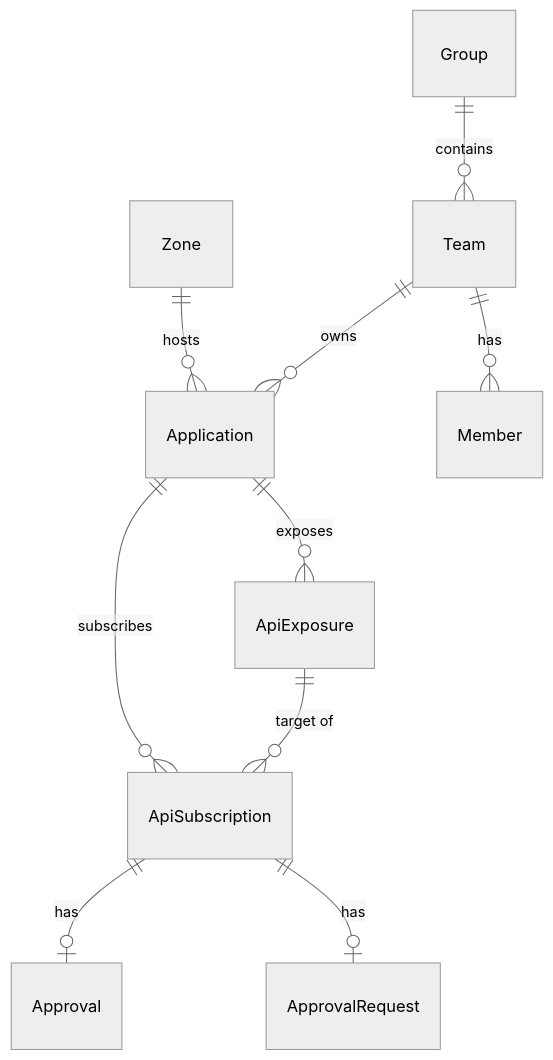
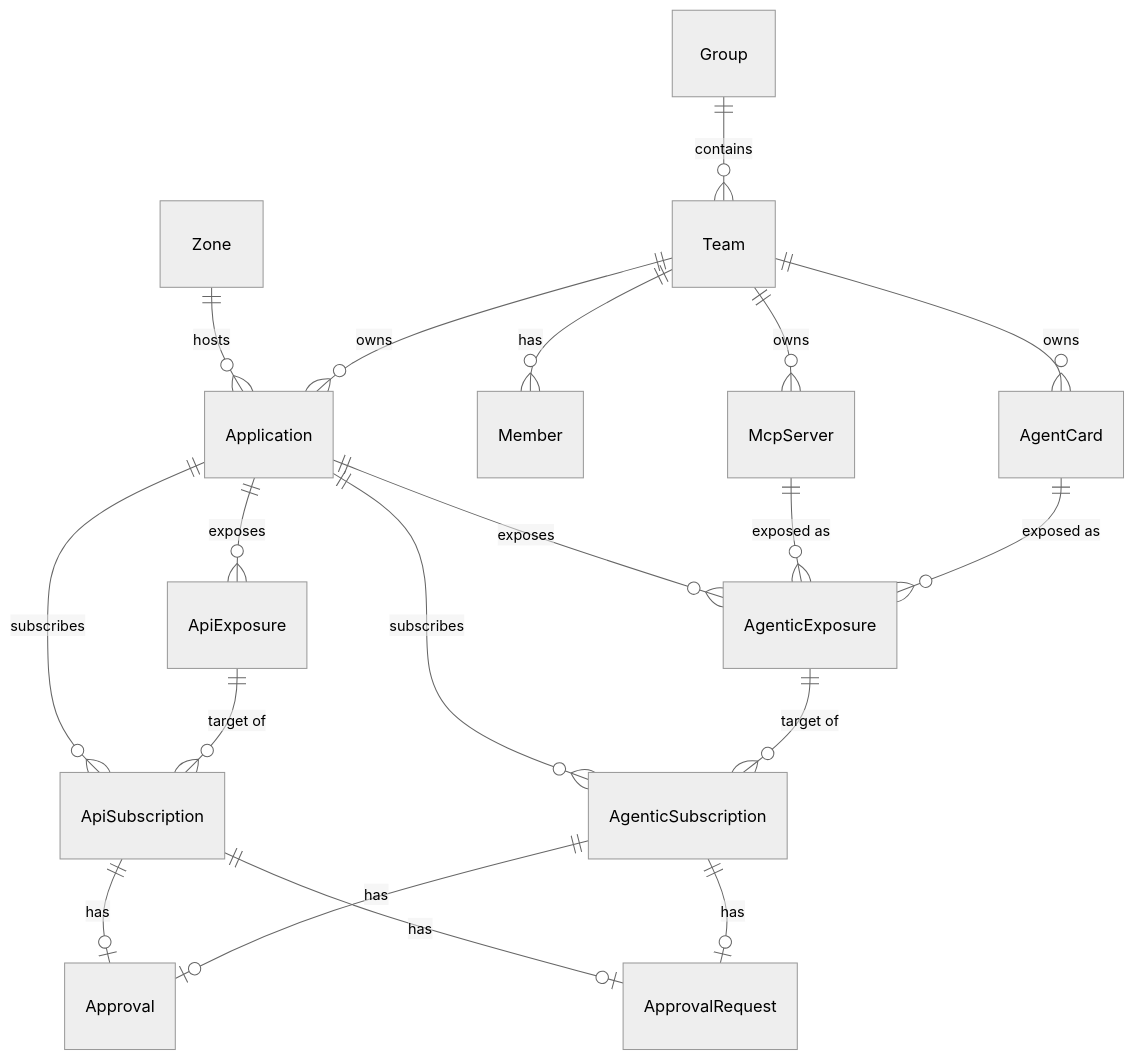
The third of 3 diagrams in docs/docs/architecture/controlplane-api.mdx (telekom/controlplane), drawn with Mermaid (neutral theme) before and after one commit. The commit also changed other lines of this file and 31 other files, not shown here.

````diff
--- a/docs/docs/architecture/controlplane-api.mdx
+++ b/docs/docs/architecture/controlplane-api.mdx
@@ -112,12 +113,21 @@
 ```mermaid
 erDiagram
     Zone ||--o{ Application : "hosts"
     Group ||--o{ Team : "contains"
     Team ||--o{ Application : "owns"
     Team ||--o{ Member : "has"
+    Team ||--o{ McpServer : "owns"
+    Team ||--o{ AgentCard : "owns"
     Application ||--o{ ApiExposure : "exposes"
     Application ||--o{ ApiSubscription : "subscribes"
     ApiExposure ||--o{ ApiSubscription : "target of"
     ApiSubscription ||--o| Approval : "has"
     ApiSubscription ||--o| ApprovalRequest : "has"
+    Application ||--o{ AgenticExposure : "exposes"
+    Application ||--o{ AgenticSubscription : "subscribes"
+    McpServer ||--o{ AgenticExposure : "exposed as"
+    AgentCard ||--o{ AgenticExposure : "exposed as"
+    AgenticExposure ||--o{ AgenticSubscription : "target of"
+    AgenticSubscription ||--o| Approval : "has"
+    AgenticSubscription ||--o| ApprovalRequest : "has"
 ```
````
